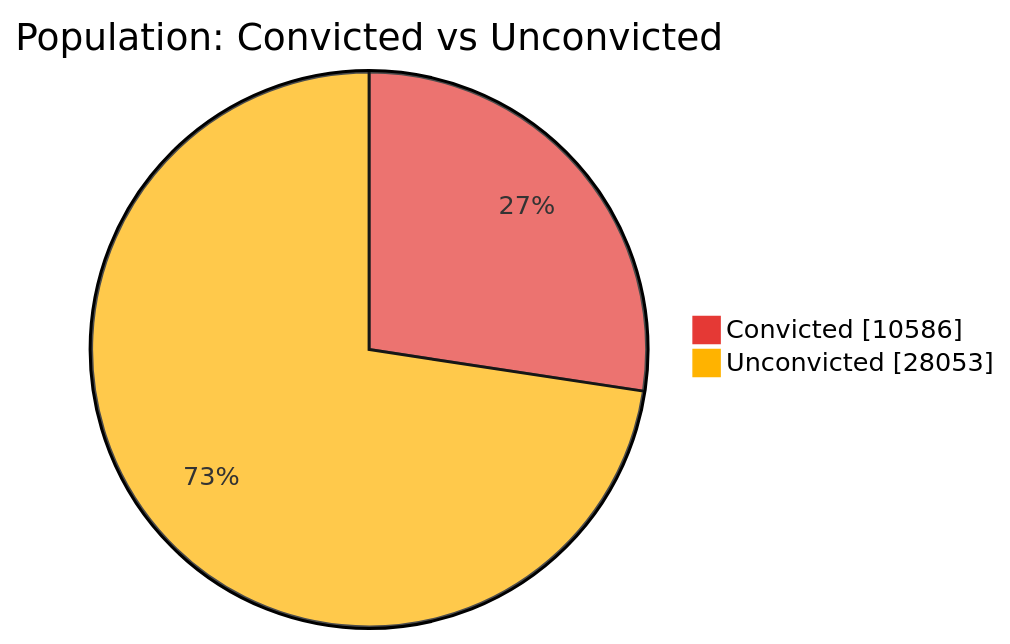
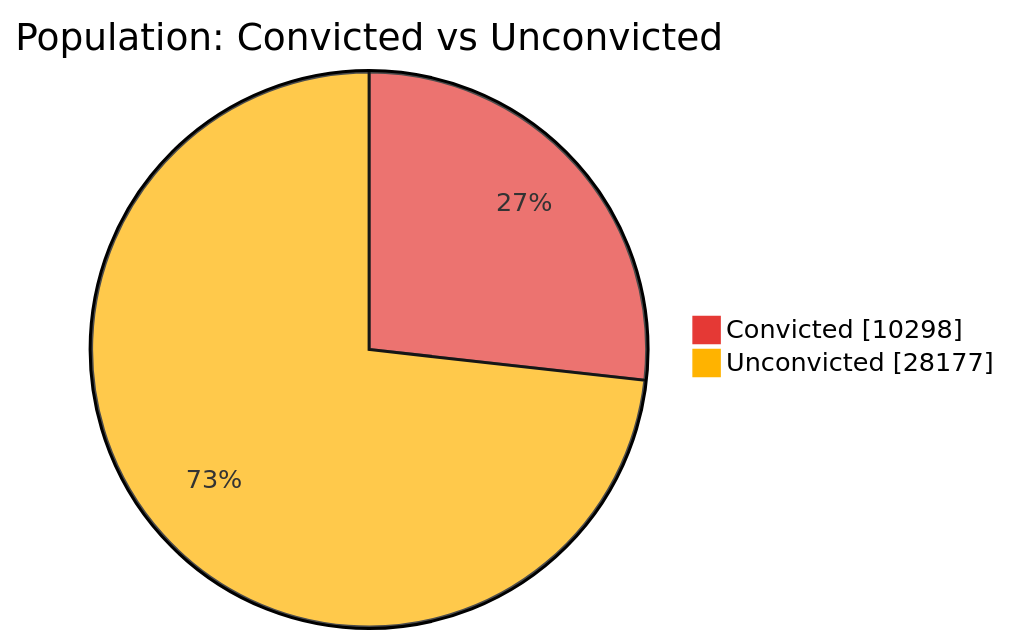
One commit to nuuuwan/lk_prisons changed the first of 7 diagrams in README.md. Above: the diagram before and after it, drawn with Mermaid. The commit also changed other lines of this file and 1 other file, not shown here.

````diff
--- a/README.md
+++ b/README.md
@@ -43,6 +43,6 @@
 ```mermaid
 %%{init: {'themeVariables': {'pie1': '#E53935', 'pie2': '#FFB300'}}}%%
 pie showData title Population: Convicted vs Unconvicted
-    "Convicted" : 10586
-    "Unconvicted" : 28053
+    "Convicted" : 10298
+    "Unconvicted" : 28177
 ```
````
